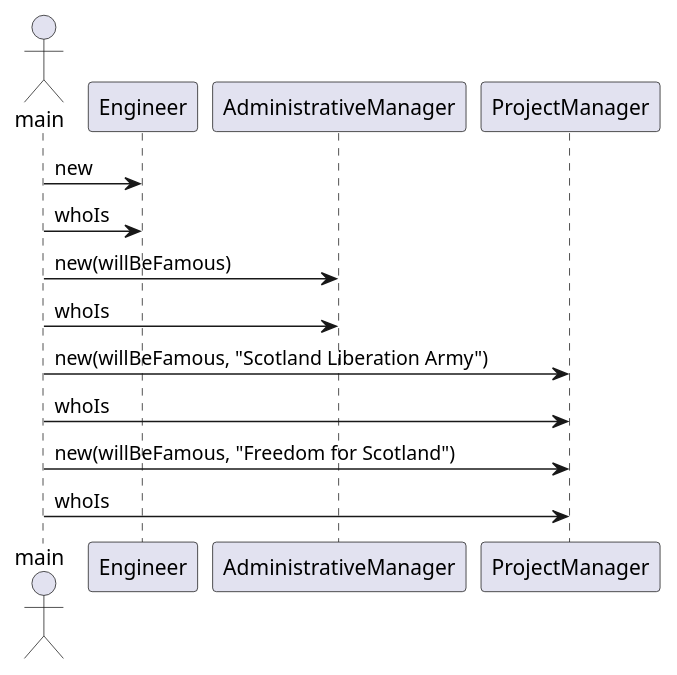
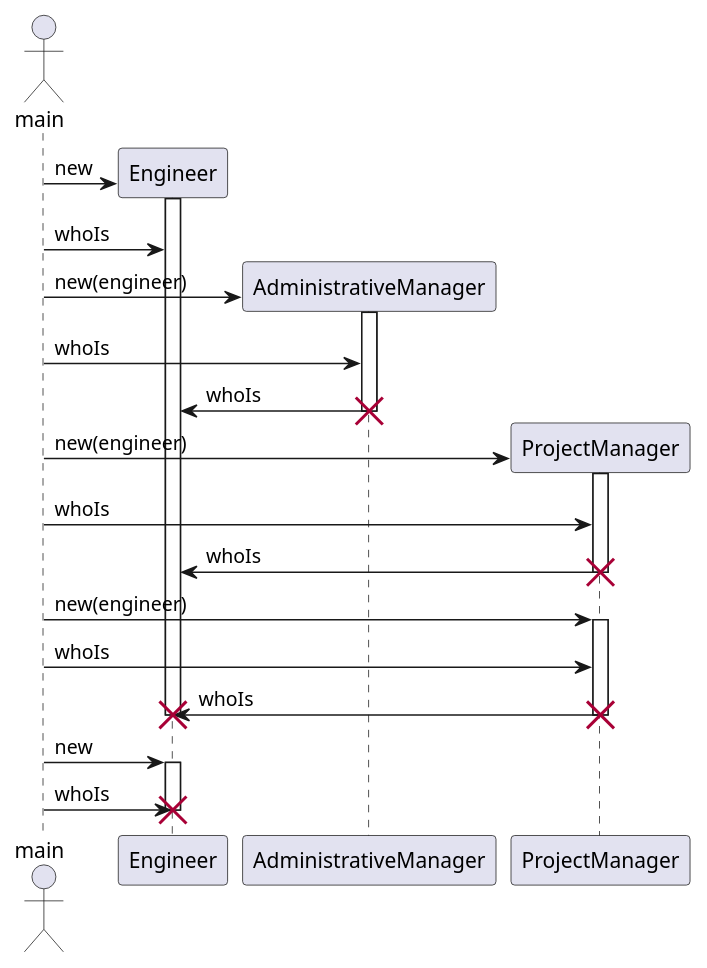
Before and after one commit to BeqaKhaburdzania/FreeUni-SDP-2013-Lab-UML: the diagram in Decorator/uml/DecoratorSequenceDiagram.puml, drawn with PlantUML. The commit also changed 2 other files, not shown here.

Commit message:
#9 sequence diagram almost done

```diff
--- a/Decorator/uml/DecoratorSequenceDiagram.puml
+++ b/Decorator/uml/DecoratorSequenceDiagram.puml
@@ -1,21 +1,53 @@
 @startuml
 
     actor main
+
+    create Engineer
     main -> Engineer: new
+
+    activate Engineer
     main -> Engineer: whoIs
 
-    main -> AdministrativeManager: new(willBeFamous)
+    create AdministrativeManager
+    main -> AdministrativeManager: new(engineer)
+
+    activate AdministrativeManager
     main -> AdministrativeManager: whoIs
 
-    main -> ProjectManager: new(willBeFamous, "Scotland Liberation Army")
+    AdministrativeManager -> Engineer: whoIs
+    deactivate AdministrativeManager
+    destroy AdministrativeManager
+
+    create ProjectManager
+    main -> ProjectManager: new(engineer)
+
+    activate ProjectManager
     main -> ProjectManager: whoIs
 
-    main -> ProjectManager: new(willBeFamous, "Freedom for Scotland")
+    ProjectManager -> Engineer: whoIs
+    deactivate ProjectManager
+    destroy ProjectManager
+
+    main -> ProjectManager: new(engineer)
+
+    activate ProjectManager
     main -> ProjectManager: whoIs
 
-    ' Personal Comments
-    ' -----------------
-    ' how to handle instance variables?
-    ' should I make separate sequences or just one?
+    ProjectManager -> Engineer: whoIs
+    deactivate ProjectManager
+    destroy ProjectManager
+
+    deactivate Engineer
+    destroy Engineer
+
+    main -> Engineer: new
+
+    activate Engineer
+    main -> Engineer: whoIs
+
+    deactivate Engineer
+    destroy Engineer
+
+    'I deliberately omitted ResponsibleWorker class. If you ask me, that class is useless.
 
 @enduml
```
